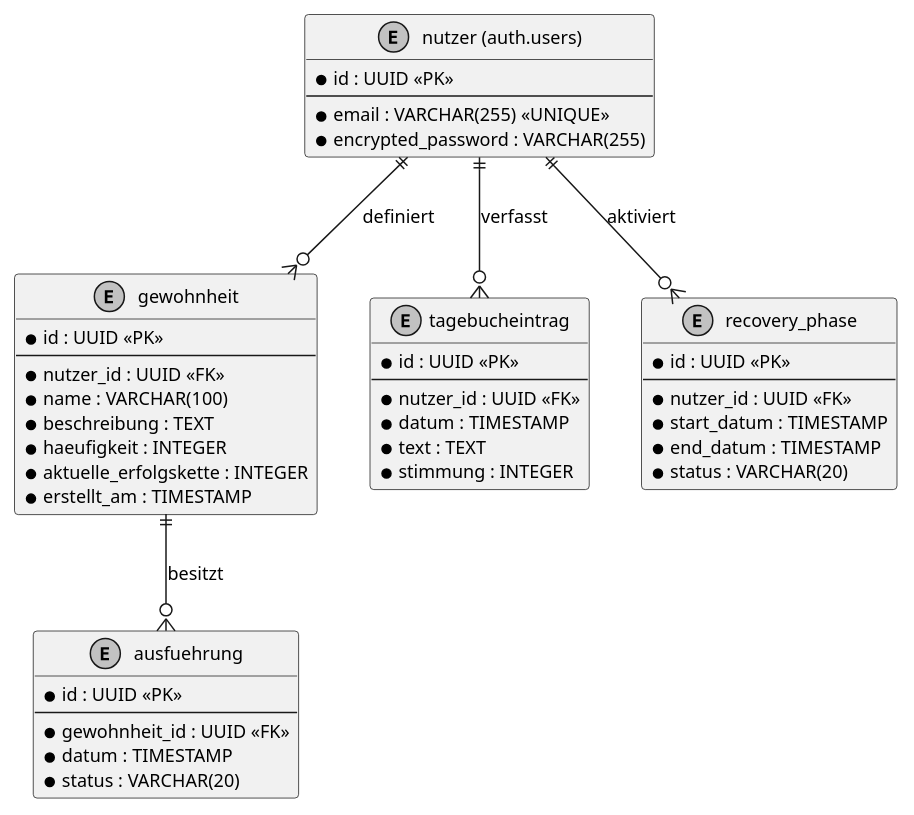
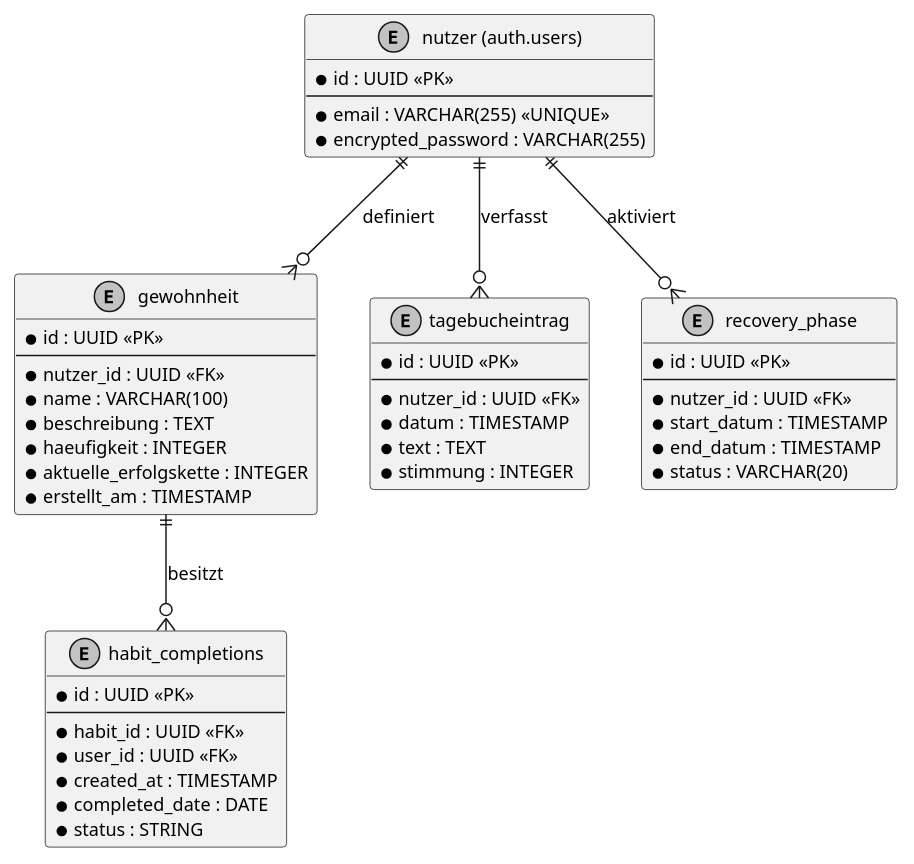
Before and after one commit to stttxxnn/se1-habittracker: the diagram in docs/technical/plantuml/data-model.puml, drawn with PlantUML. The commit also changed 1 other file, not shown here.

```diff
--- a/docs/technical/plantuml/data-model.puml
+++ b/docs/technical/plantuml/data-model.puml
@@ -1,54 +1,56 @@
 @startuml
 skinparam monochrome true
 skinparam defaultFontSize 12
 
 entity "nutzer (auth.users)" as user {
   * id : UUID <<PK>>
   --
   * email : VARCHAR(255) <<UNIQUE>>
   * encrypted_password : VARCHAR(255)
 }
 
 entity "gewohnheit" as habit {
   * id : UUID <<PK>>
   --
   * nutzer_id : UUID <<FK>>
   * name : VARCHAR(100)
   * beschreibung : TEXT
   * haeufigkeit : INTEGER
   * aktuelle_erfolgskette : INTEGER
   * erstellt_am : TIMESTAMP
 }
 
-entity "ausfuehrung" as execution {
+entity "habit_completions" as execution {
   * id : UUID <<PK>>
   --
-  * gewohnheit_id : UUID <<FK>>
-  * datum : TIMESTAMP
-  * status : VARCHAR(20)
+  * habit_id : UUID <<FK>>
+  * user_id : UUID <<FK>>
+  * created_at : TIMESTAMP
+  * completed_date : DATE
+  * status : STRING
 }
 
 entity "tagebucheintrag" as journal {
   * id : UUID <<PK>>
   --
   * nutzer_id : UUID <<FK>>
   * datum : TIMESTAMP
   * text : TEXT
   * stimmung : INTEGER
 }
 
 entity "recovery_phase" as recovery {
   * id : UUID <<PK>>
   --
   * nutzer_id : UUID <<FK>>
   * start_datum : TIMESTAMP
   * end_datum : TIMESTAMP
   * status : VARCHAR(20)
 }
 
 user ||--o{ habit : "definiert"
 habit ||--o{ execution : "besitzt"
 user ||--o{ journal : "verfasst"
 user ||--o{ recovery : "aktiviert"
 
 @enduml
```
